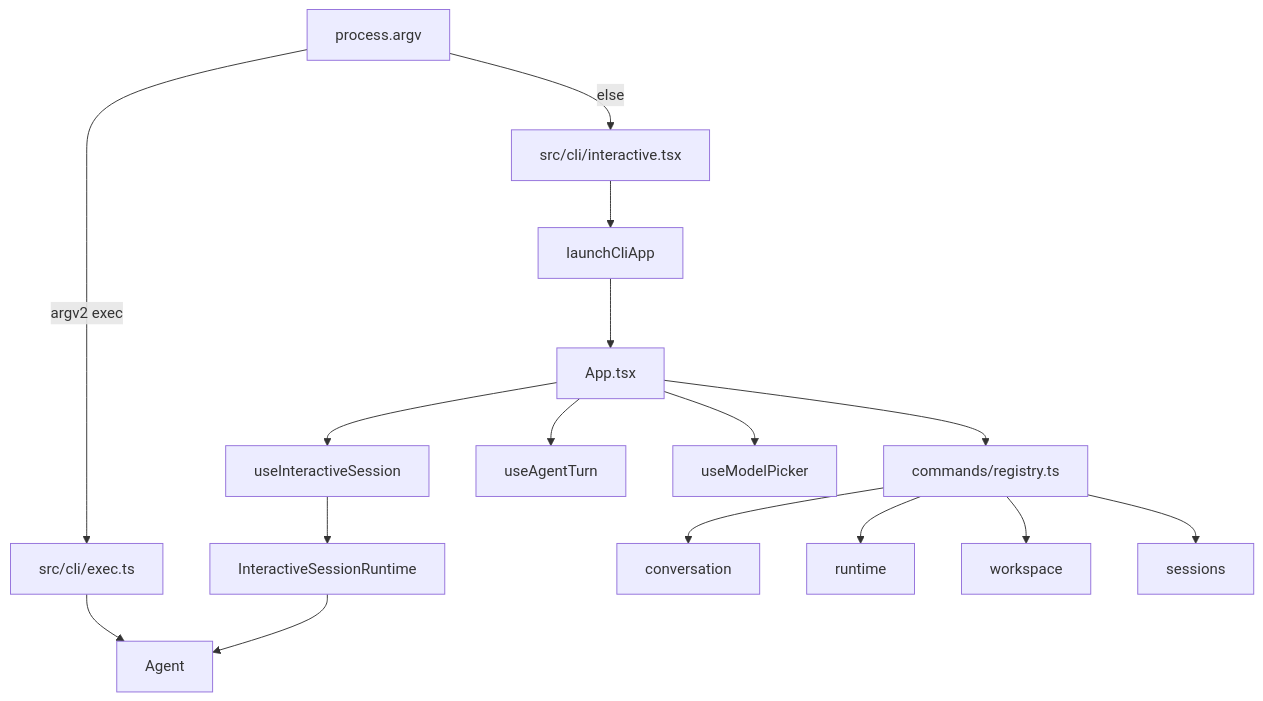
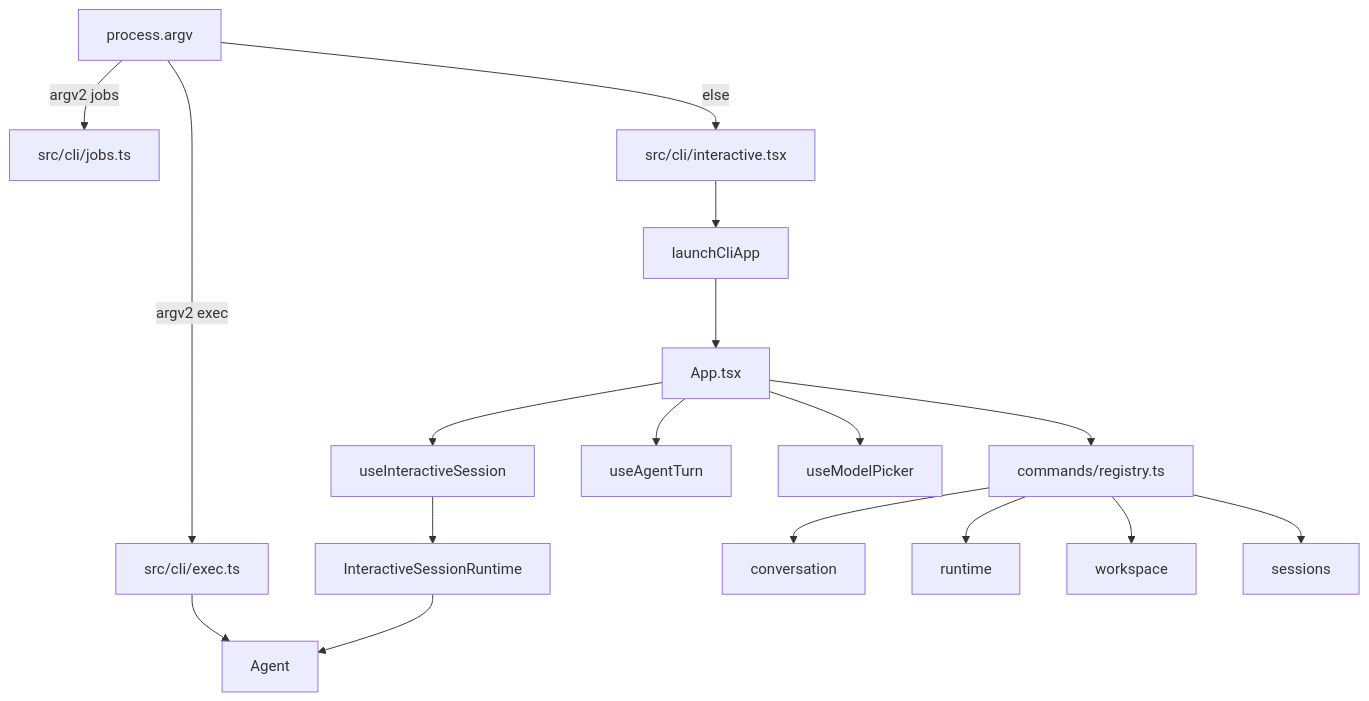
One commit to ggfincke/coral changed the third of 5 diagrams in docs/architecture.md. Above: the diagram before and after it, drawn with Mermaid. The commit also changed other lines of this file and 37 other files, not shown here.

````diff
--- a/docs/architecture.md
+++ b/docs/architecture.md
@@ -407,19 +421,20 @@
 ```mermaid
 flowchart TB
   argv["process.argv"]
+  argv -->|argv2 jobs| jobs["src/cli/jobs.ts"]
   argv -->|argv2 exec| exec["src/cli/exec.ts"]
   argv -->|else| interactive["src/cli/interactive.tsx"]
   interactive --> launch["launchCliApp"]
   launch --> app["App.tsx"]
   app --> session["useInteractiveSession"]
   app --> turn["useAgentTurn"]
   app --> picker["useModelPicker"]
   session --> runtime["InteractiveSessionRuntime"]
   runtime --> agent["Agent"]
   exec --> agent
   app --> registry["commands/registry.ts"]
   registry --> conv["conversation"]
   registry --> rt["runtime"]
   registry --> ws["workspace"]
   registry --> sess["sessions"]
 ```
````
